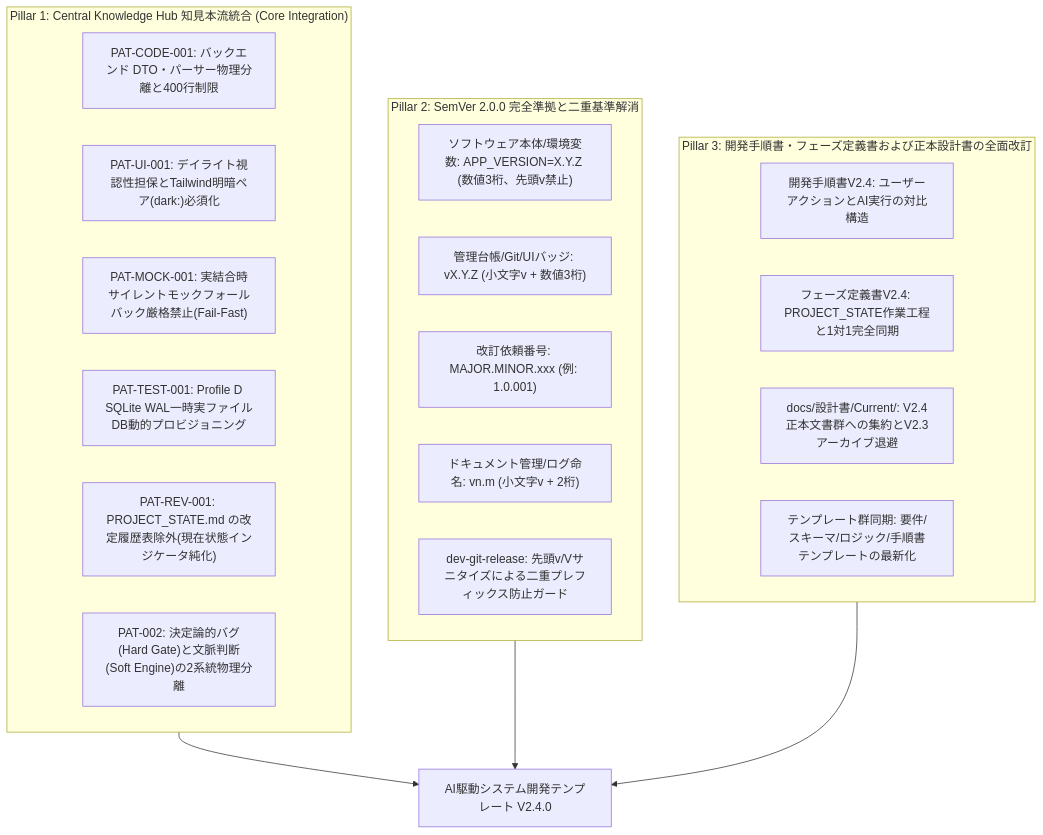
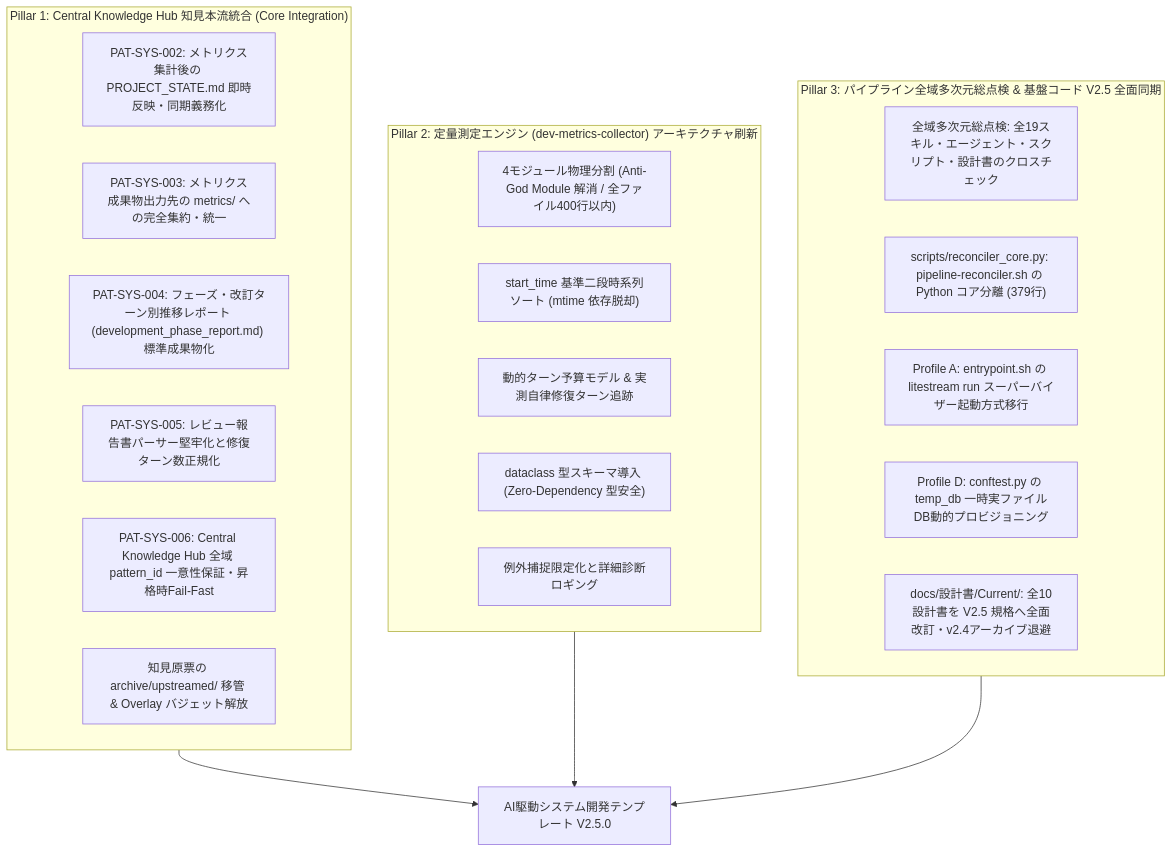
Before and after one commit to LeoPanda/template: the first of 2 diagrams in README.md, drawn with Mermaid. The commit also changed other lines of this file and 47 other files, not shown here.

````diff
--- a/README.md
+++ b/README.md
@@ -22,28 +22,29 @@
 ```mermaid
 flowchart TD
     subgraph P1["Pillar 1: Central Knowledge Hub 知見本流統合 (Core Integration)"]
-        P1_1["PAT-CODE-001: バックエンド DTO・パーサー物理分離と400行制限"]
-        P1_2["PAT-UI-001: デイライト視認性担保とTailwind明暗ペア(dark:)必須化"]
-        P1_3["PAT-MOCK-001: 実結合時サイレントモックフォールバック厳格禁止(Fail-Fast)"]
-        P1_4["PAT-TEST-001: Profile D SQLite WAL一時実ファイルDB動的プロビジョニング"]
-        P1_5["PAT-REV-001: PROJECT_STATE.md の改定履歴表除外(現在状態インジケータ純化)"]
-        P1_6["PAT-002: 決定論的バグ(Hard Gate)と文脈判断(Soft Engine)の2系統物理分離"]
+        P1_1["PAT-SYS-002: メトリクス集計後の PROJECT_STATE.md 即時反映・同期義務化"]
+        P1_2["PAT-SYS-003: メトリクス成果物出力先の metrics/ への完全集約・統一"]
+        P1_3["PAT-SYS-004: フェーズ・改訂ターン別推移レポート (development_phase_report.md) 標準成果物化"]
+        P1_4["PAT-SYS-005: レビュー報告書パーサー堅牢化と修復ターン数正規化"]
+        P1_5["PAT-SYS-006: Central Knowledge Hub 全域 pattern_id 一意性保証・昇格時Fail-Fast"]
+        P1_6["知見原票の archive/upstreamed/ 移管 & Overlay バジェット解放"]
     end
 
-    subgraph P2["Pillar 2: SemVer 2.0.0 完全準拠と二重基準解消"]
-        P2_1["ソフトウェア本体/環境変数: APP_VERSION=X.Y.Z (数値3桁、先頭v禁止)"]
-        P2_2["管理台帳/Git/UIバッジ: vX.Y.Z (小文字v + 数値3桁)"]
-        P2_3["改訂依頼番号: MAJOR.MINOR.xxx (例: 1.0.001)"]
-        P2_4["ドキュメント管理/ログ命名: vn.m (小文字v + 2桁)"]
-        P2_5["dev-git-release: 先頭v/Vサニタイズによる二重プレフィックス防止ガード"]
+    subgraph P2["Pillar 2: 定量測定エンジン (dev-metrics-collector) アーキテクチャ刷新"]
+        P2_1["4モジュール物理分割 (Anti-God Module 解消 / 全ファイル400行以内)"]
+        P2_2["start_time 基準二段時系列ソート (mtime 依存脱却)"]
+        P2_3["動的ターン予算モデル & 実測自律修復ターン追跡"]
+        P2_4["dataclass 型スキーマ導入 (Zero-Dependency 型安全)"]
+        P2_5["例外捕捉限定化と詳細診断ロギング"]
     end
 
-    subgraph P3["Pillar 3: 開発手順書・フェーズ定義書および正本設計書の全面改訂"]
-        P3_1["開発手順書V2.4: ユーザーアクションとAI実行の対比構造"]
-        P3_2["フェーズ定義書V2.4: PROJECT_STATE作業工程と1対1完全同期"]
-        P3_3["docs/設計書/Current/: V2.4正本文書群への集約とV2.3アーカイブ退避"]
-        P3_4["テンプレート群同期: 要件/スキーマ/ロジック/手順書テンプレートの最新化"]
+    subgraph P3["Pillar 3: パイプライン全域多次元総点検 & 基盤コード V2.5 全面同期"]
+        P3_1["全域多次元総点検: 全19スキル・エージェント・スクリプト・設計書のクロスチェック"]
+        P3_2["scripts/reconciler_core.py: pipeline-reconciler.sh の Python コア分離 (379行)"]
+        P3_3["Profile A: entrypoint.sh の litestream run スーパーバイザー起動方式移行"]
+        P3_4["Profile D: conftest.py の temp_db 一時実ファイルDB動的プロビジョニング"]
+        P3_5["docs/設計書/Current/: 全10設計書を V2.5 規格へ全面改訂・v2.4アーカイブ退避"]
     end
 
-    P1 & P2 & P3 --> V24["AI駆動システム開発テンプレート V2.4.0"]
+    P1 & P2 & P3 --> V25["AI駆動システム開発テンプレート V2.5.0"]
 ```
````
